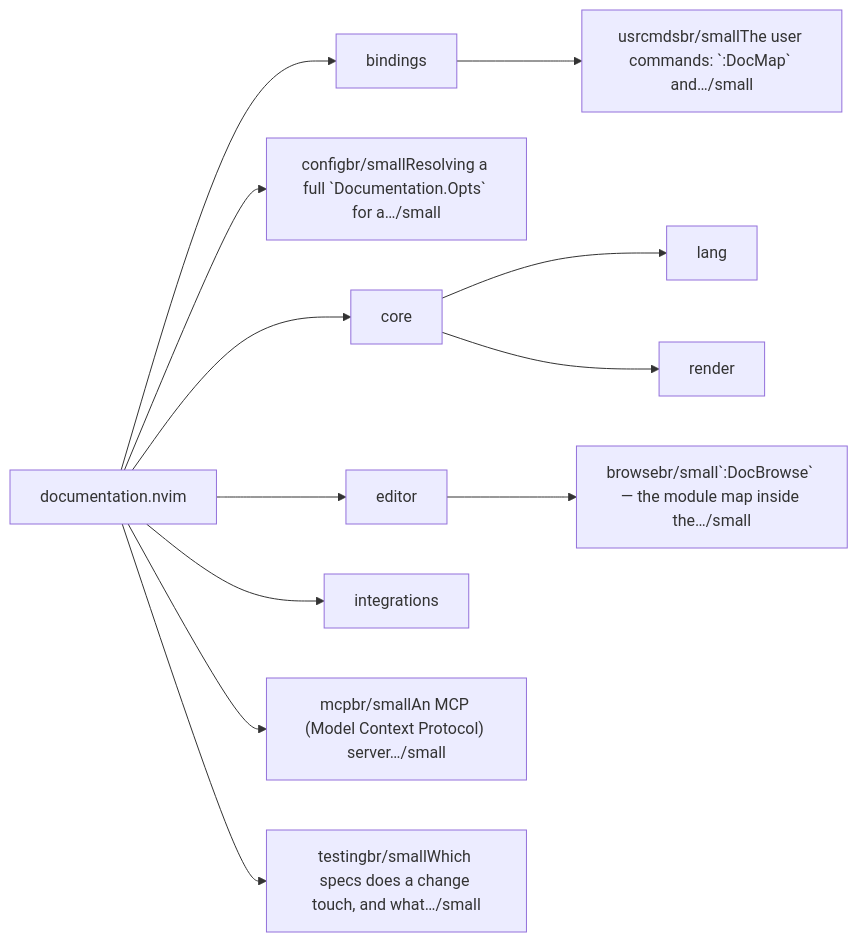
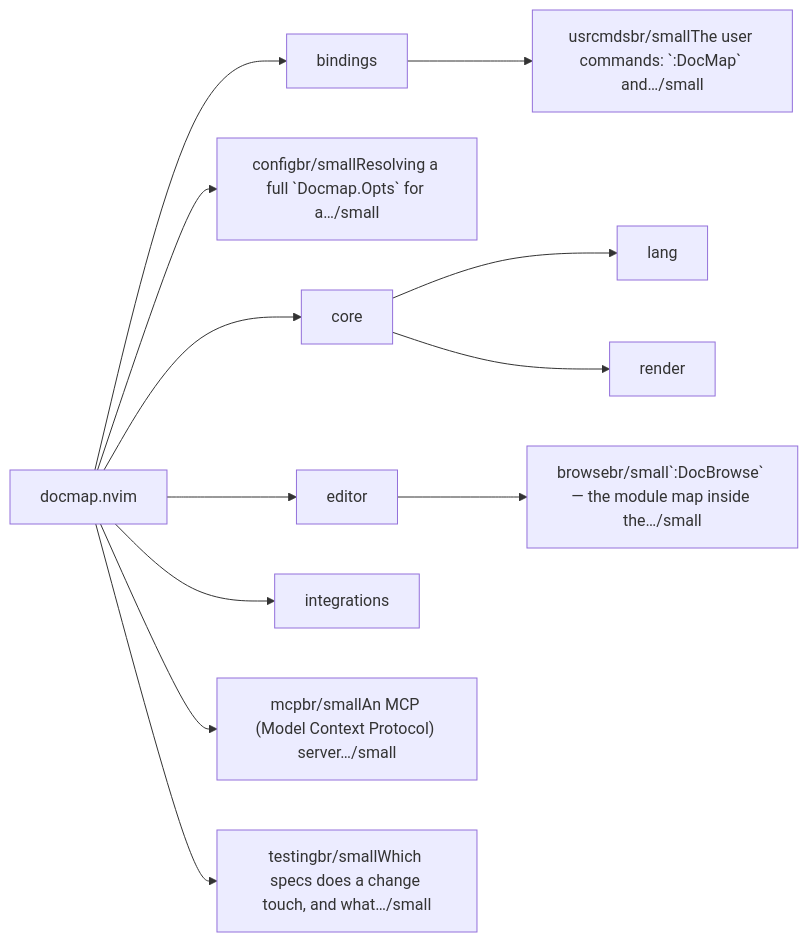
Before and after one commit to StefanBartl/docmap.nvim: the first of 2 diagrams in docs/map/overview.md, drawn with Mermaid. The commit also changed other lines of this file and 496 other files, not shown here.

First line of the commit message:
refactor: rename documentation.nvim to docmap.nvim (module, help, docs, scripts)

````diff
--- a/docs/map/overview.md
+++ b/docs/map/overview.md
@@ -14,26 +14,26 @@
 ```mermaid
 flowchart LR
-  nlua_documentation["documentation.nvim"]
-  nlua_documentation_bindings["bindings"]
-  nlua_documentation_bindings_usrcmds["usrcmdsbr/smallThe user commands: `:DocMap` and…/small"]
-  nlua_documentation_config["configbr/smallResolving a full `Documentation.Opts` for a…/small"]
-  nlua_documentation_core["core"]
-  nlua_documentation_core_lang["lang"]
-  nlua_documentation_core_render["render"]
-  nlua_documentation_editor["editor"]
-  nlua_documentation_editor_browse["browsebr/small`:DocBrowse` — the module map inside the…/small"]
-  nlua_documentation_integrations["integrations"]
-  nlua_documentation_mcp["mcpbr/smallAn MCP (Model Context Protocol) server…/small"]
-  nlua_documentation_testing["testingbr/smallWhich specs does a change touch, and what…/small"]
-  nlua_documentation --> nlua_documentation_bindings
-  nlua_documentation_bindings --> nlua_documentation_bindings_usrcmds
-  nlua_documentation --> nlua_documentation_config
-  nlua_documentation --> nlua_documentation_core
-  nlua_documentation_core --> nlua_documentation_core_lang
-  nlua_documentation_core --> nlua_documentation_core_render
-  nlua_documentation --> nlua_documentation_editor
-  nlua_documentation_editor --> nlua_documentation_editor_browse
-  nlua_documentation --> nlua_documentation_integrations
-  nlua_documentation --> nlua_documentation_mcp
-  nlua_documentation --> nlua_documentation_testing
+  nlua_docmap["docmap.nvim"]
+  nlua_docmap_bindings["bindings"]
+  nlua_docmap_bindings_usrcmds["usrcmdsbr/smallThe user commands: `:DocMap` and…/small"]
+  nlua_docmap_config["configbr/smallResolving a full `Docmap.Opts` for a…/small"]
+  nlua_docmap_core["core"]
+  nlua_docmap_core_lang["lang"]
+  nlua_docmap_core_render["render"]
+  nlua_docmap_editor["editor"]
+  nlua_docmap_editor_browse["browsebr/small`:DocBrowse` — the module map inside the…/small"]
+  nlua_docmap_integrations["integrations"]
+  nlua_docmap_mcp["mcpbr/smallAn MCP (Model Context Protocol) server…/small"]
+  nlua_docmap_testing["testingbr/smallWhich specs does a change touch, and what…/small"]
+  nlua_docmap --> nlua_docmap_bindings
+  nlua_docmap_bindings --> nlua_docmap_bindings_usrcmds
+  nlua_docmap --> nlua_docmap_config
+  nlua_docmap --> nlua_docmap_core
+  nlua_docmap_core --> nlua_docmap_core_lang
+  nlua_docmap_core --> nlua_docmap_core_render
+  nlua_docmap --> nlua_docmap_editor
+  nlua_docmap_editor --> nlua_docmap_editor_browse
+  nlua_docmap --> nlua_docmap_integrations
+  nlua_docmap --> nlua_docmap_mcp
+  nlua_docmap --> nlua_docmap_testing
 ```
````
